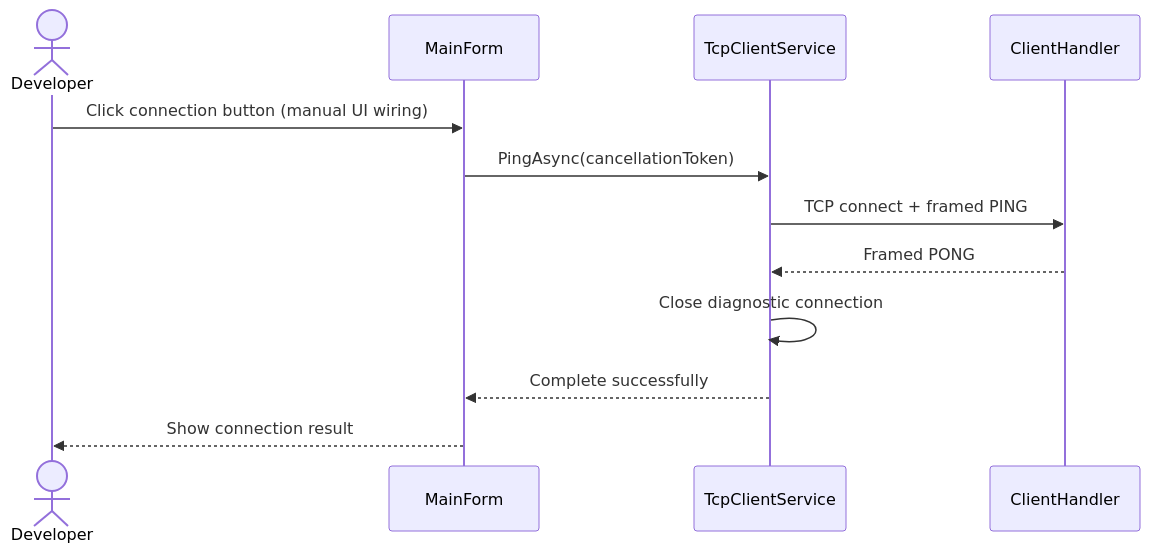
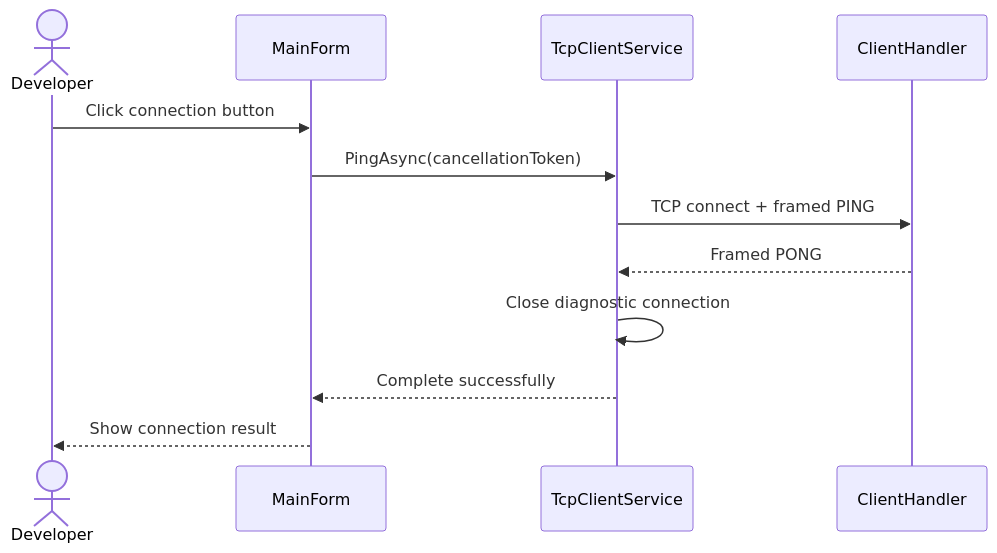
The diagram in docs/protocol.md (mglezz/homeryn), drawn with Mermaid before and after one commit. The commit also changed 6 other files, not shown here.

Commit message:
feat(desktop): add and verify the connection button

````diff
--- a/docs/protocol.md
+++ b/docs/protocol.md
@@ -52,14 +52,14 @@
 ```mermaid
 sequenceDiagram
     actor Developer
     participant Form as MainForm
     participant Client as TcpClientService
     participant Server as ClientHandler
-    Developer->>Form: Click connection button (manual UI wiring)
+    Developer->>Form: Click connection button
     Form->>Client: PingAsync(cancellationToken)
     Client->>Server: TCP connect + framed PING
     Server-->>Client: Framed PONG
     Client->>Client: Close diagnostic connection
     Client-->>Form: Complete successfully
     Form-->>Developer: Show connection result
 ```
````
